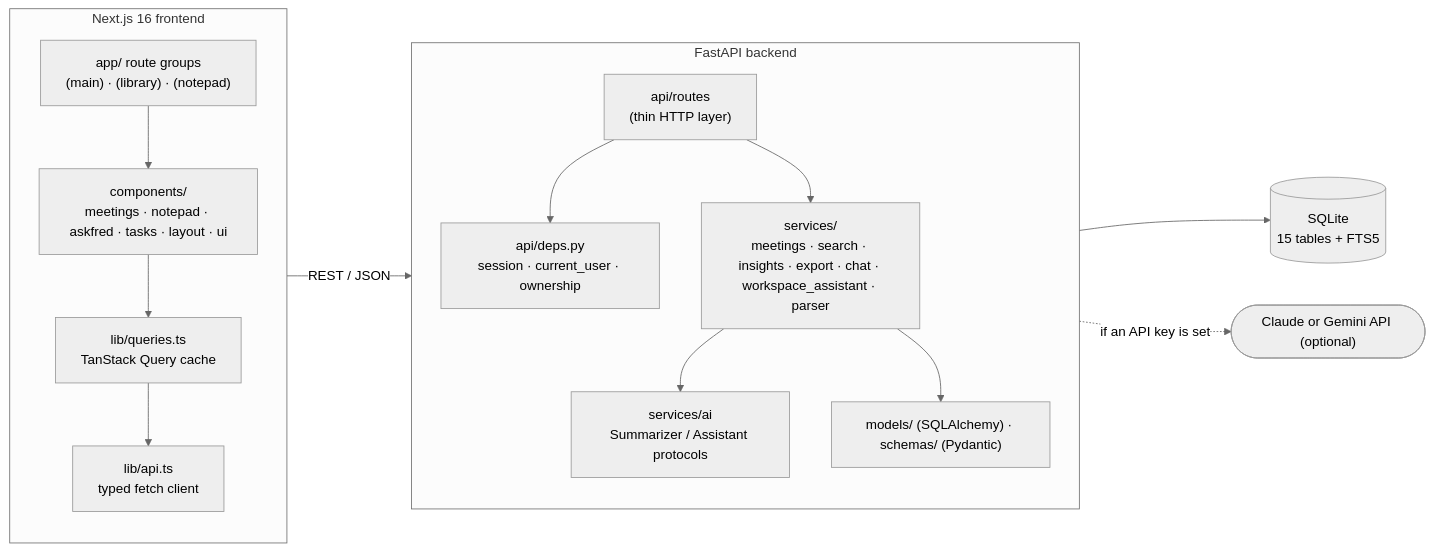
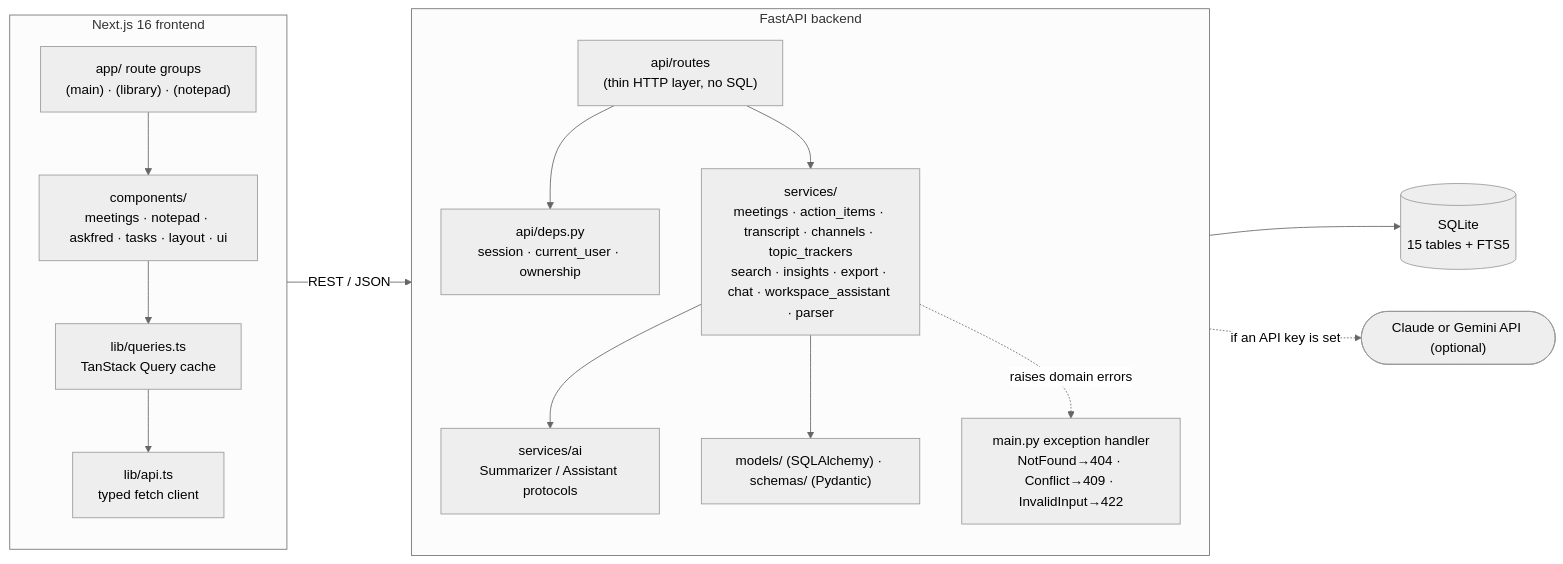
The fourth of 4 diagrams in docs/DELIVERABLES.md (ArvinSaini/Fireflies.ai-Clone), drawn with Mermaid (neutral theme) before and after one commit. The commit also changed other lines of this file and 2 other files, not shown here.

Commit message:
Docs: live-app comparison, service-layer error mapping, updated verification results

````diff
--- a/docs/DELIVERABLES.md
+++ b/docs/DELIVERABLES.md
@@ -287,27 +287,29 @@
 ```mermaid
 flowchart LR
     subgraph Browser["Next.js 16 frontend"]
       direction TB
       Pages["app/ route groups<br/>(main) · (library) · (notepad)"]
       Comp["components/<br/>meetings · notepad · askfred · tasks · layout · ui"]
       Q["lib/queries.ts<br/>TanStack Query cache"]
       C["lib/api.ts<br/>typed fetch client"]
       Pages --> Comp --> Q --> C
     end
     subgraph Server["FastAPI backend"]
       direction TB
-      R["api/routes<br/>(thin HTTP layer)"]
+      R["api/routes<br/>(thin HTTP layer, no SQL)"]
+      E["main.py exception handler<br/>NotFound→404 · Conflict→409 · InvalidInput→422"]
       D["api/deps.py<br/>session · current_user · ownership"]
-      Svc["services/<br/>meetings · search · insights · export · chat · workspace_assistant · parser"]
+      Svc["services/<br/>meetings · action_items · transcript · channels · topic_trackers<br/>search · insights · export · chat · workspace_assistant · parser"]
       AI["services/ai<br/>Summarizer / Assistant protocols"]
       M["models/ (SQLAlchemy) · schemas/ (Pydantic)"]
       R --> D
       R --> Svc --> AI
       Svc --> M
+      Svc -. raises domain errors .-> E
     end
     DB[("SQLite<br/>15 tables + FTS5")]
     LLM(["Claude or Gemini API (optional)"])
     C -- "REST / JSON" --> R
     M --> DB
     AI -. if an API key is set .-> LLM
 ```
````
